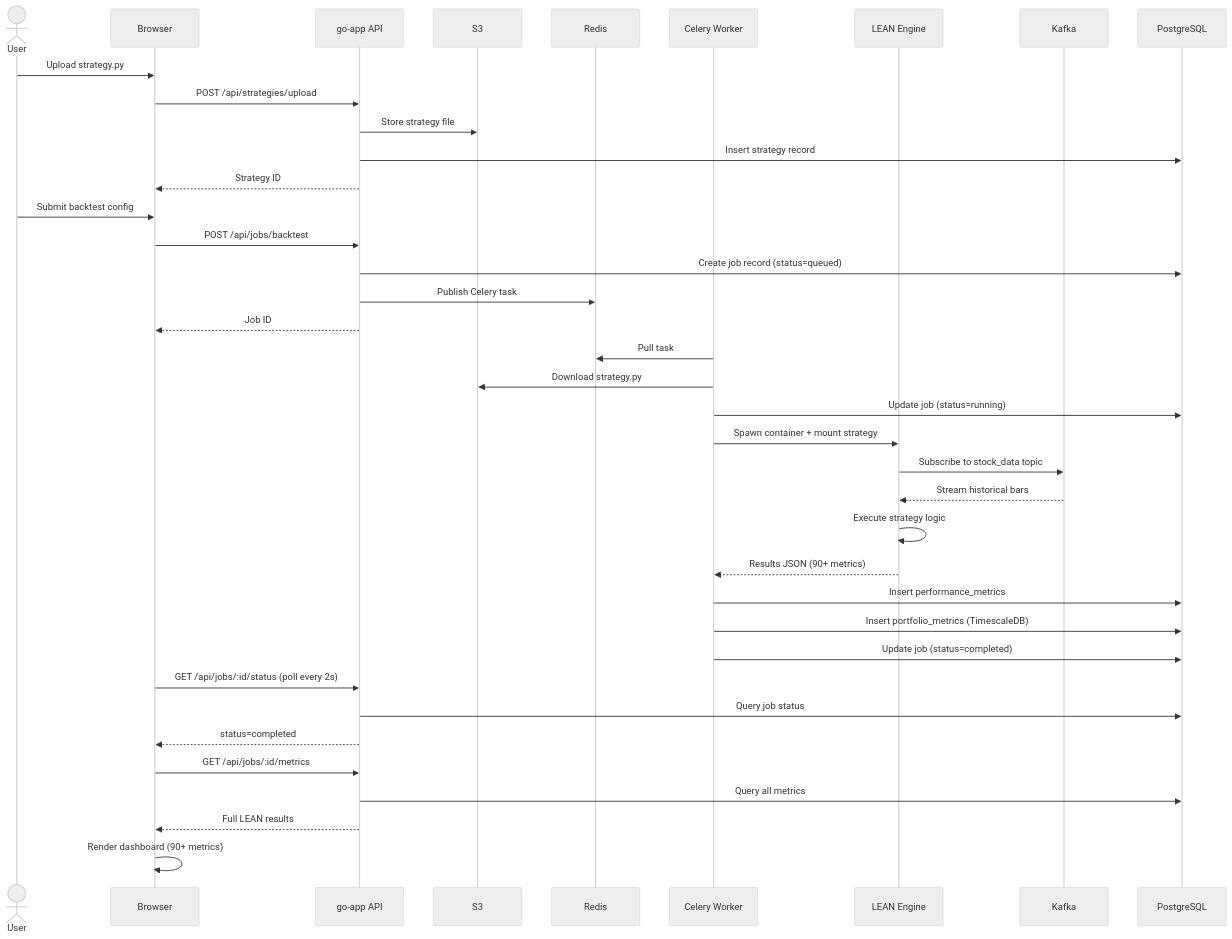
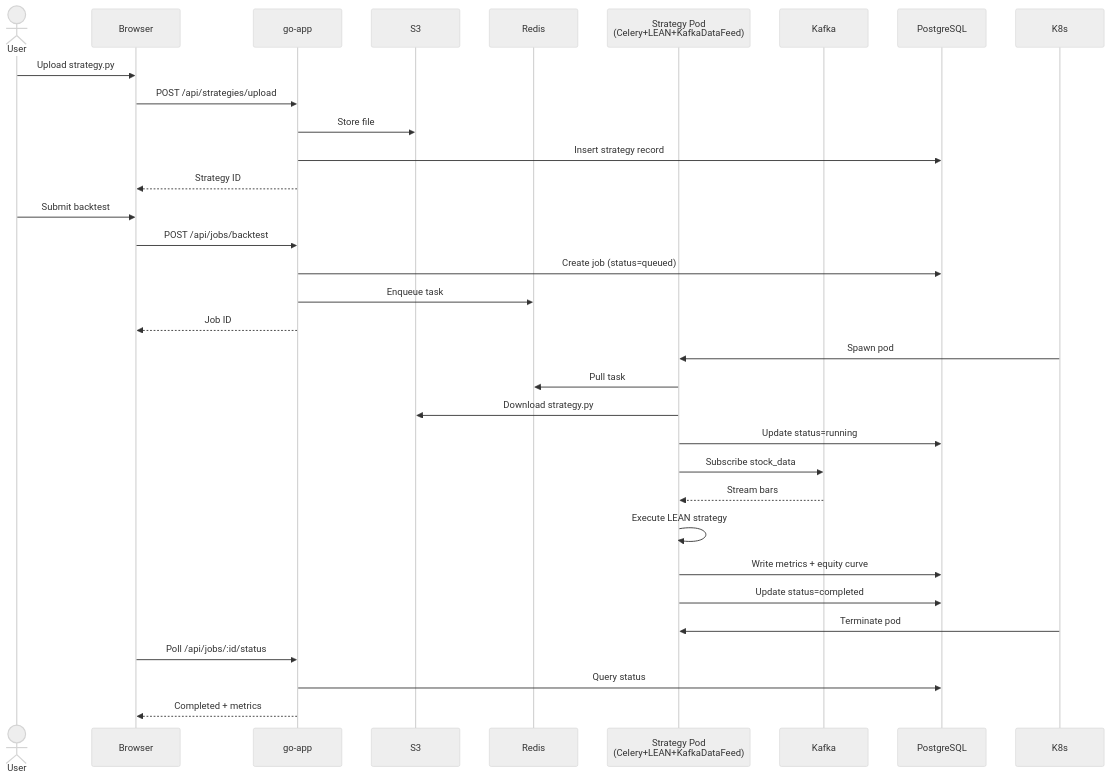
Before and after one commit to AndrewChang-cpu/Algorithmic-Trading-Platform: the second of 4 diagrams in documentation/ARCHITECTURE.md, drawn with Mermaid (neutral theme). The commit also changed other lines of this file, not shown here.

Commit message:
updated architecture

````diff
--- a/documentation/ARCHITECTURE.md
+++ b/documentation/ARCHITECTURE.md
@@ -119,47 +145,38 @@
 ```mermaid
 sequenceDiagram
     actor User
     participant Browser
-    participant GoApp as go-app API
+    participant GoApp as go-app
     participant S3
     participant Redis
-    participant Celery as Celery Worker
-    participant LEAN as LEAN Engine
+    participant Worker as Strategy Pod<br/>(Celery+LEAN+KafkaDataFeed)
     participant Kafka
     participant DB as PostgreSQL
 
     User->>Browser: Upload strategy.py
     Browser->>GoApp: POST /api/strategies/upload
-    GoApp->>S3: Store strategy file
+    GoApp->>S3: Store file
     GoApp->>DB: Insert strategy record
     GoApp-->>Browser: Strategy ID
 
-    User->>Browser: Submit backtest config
+    User->>Browser: Submit backtest
     Browser->>GoApp: POST /api/jobs/backtest
-    GoApp->>DB: Create job record (status=queued)
-    GoApp->>Redis: Publish Celery task
+    GoApp->>DB: Create job (status=queued)
+    GoApp->>Redis: Enqueue task
     GoApp-->>Browser: Job ID
 
-    Celery->>Redis: Pull task
-    Celery->>S3: Download strategy.py
-    Celery->>DB: Update job (status=running)
-    Celery->>LEAN: Spawn container + mount strategy
+    K8s->>Worker: Spawn pod
+    Worker->>Redis: Pull task
+    Worker->>S3: Download strategy.py
+    Worker->>DB: Update status=running
+    Worker->>Kafka: Subscribe stock_data
+    Kafka-->>Worker: Stream bars
+    Worker->>Worker: Execute LEAN strategy
+    Worker->>DB: Write metrics + equity curve
+    Worker->>DB: Update status=completed
+    K8s->>Worker: Terminate pod
 
-    LEAN->>Kafka: Subscribe to stock_data topic
-    Kafka-->>LEAN: Stream historical bars
-    LEAN->>LEAN: Execute strategy logic
-    LEAN-->>Celery: Results JSON (90+ metrics)
-
-    Celery->>DB: Insert performance_metrics
-    Celery->>DB: Insert portfolio_metrics (TimescaleDB)
-    Celery->>DB: Update job (status=completed)
-
-    Browser->>GoApp: GET /api/jobs/:id/status (poll every 2s)
-    GoApp->>DB: Query job status
-    GoApp-->>Browser: status=completed
-
-    Browser->>GoApp: GET /api/jobs/:id/metrics
-    GoApp->>DB: Query all metrics
-    GoApp-->>Browser: Full LEAN results
-    Browser->>Browser: Render dashboard (90+ metrics)
+    Browser->>GoApp: Poll /api/jobs/:id/status
+    GoApp->>DB: Query status
+    GoApp-->>Browser: Completed + metrics
 ```
````
